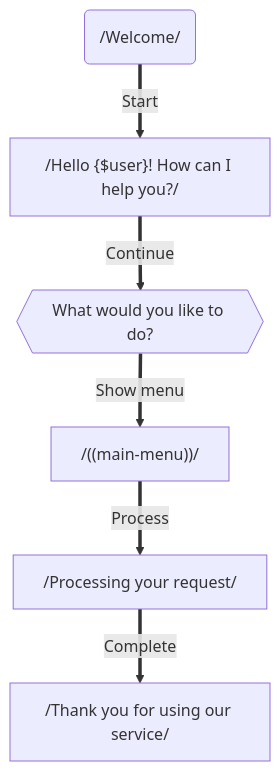
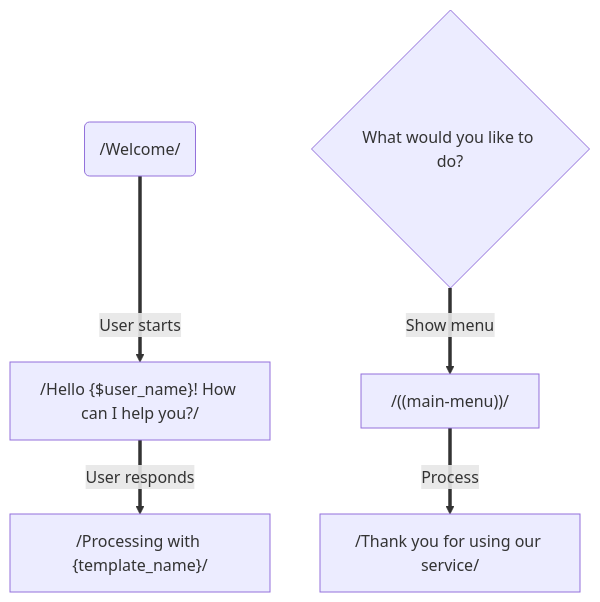
One commit to dexoon/mermaid-template-checker changed the diagram in tests/correct/variables-templates.md. Above: the diagram before and after it, drawn with Mermaid. The commit also changed 12 other files, not shown here.

Commit message:
feat: add support for stadium shaped nodes in Mermaid flowcharts; enhance validation logic and tests for multi-line labels

````diff
--- a/tests/correct/variables-templates.md
+++ b/tests/correct/variables-templates.md
@@ -3,17 +3,16 @@
 ```mermaid
 flowchart TD
   %% Node Definitions
-  WELCOME("/Welcome/")
-  GREETING["/Hello {$user}! How can I help you?/"]
-  CHOICE{{"What would you like to do?"}}
+  START("/Welcome/")
+  GREETING["/Hello {$user_name}! How can I help you?/"]
+  PROCESS["/Processing with {template_name}/"]
+  CHOICE{"What would you like to do?"}
   TEMPLATE["/((main-menu))/"]
-  PROCESS["/Processing your request/"]
   END["/Thank you for using our service/"]
   
   %% Connections
-  WELCOME == "Start" ==> GREETING
-  GREETING == "Continue" ==> CHOICE
+  START == "User starts" ==> GREETING
+  GREETING == "User responds" ==> PROCESS
   CHOICE == "Show menu" ==> TEMPLATE
-  TEMPLATE == "Process" ==> PROCESS
-  PROCESS == "Complete" ==> END
+  TEMPLATE == "Process" ==> END
 ```
````
